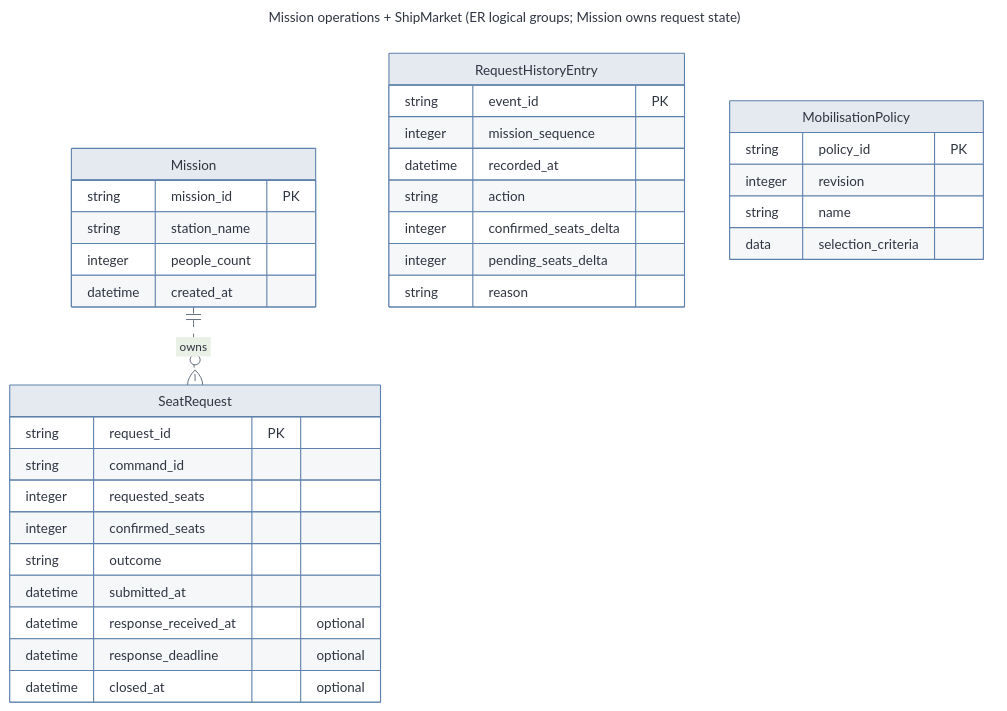
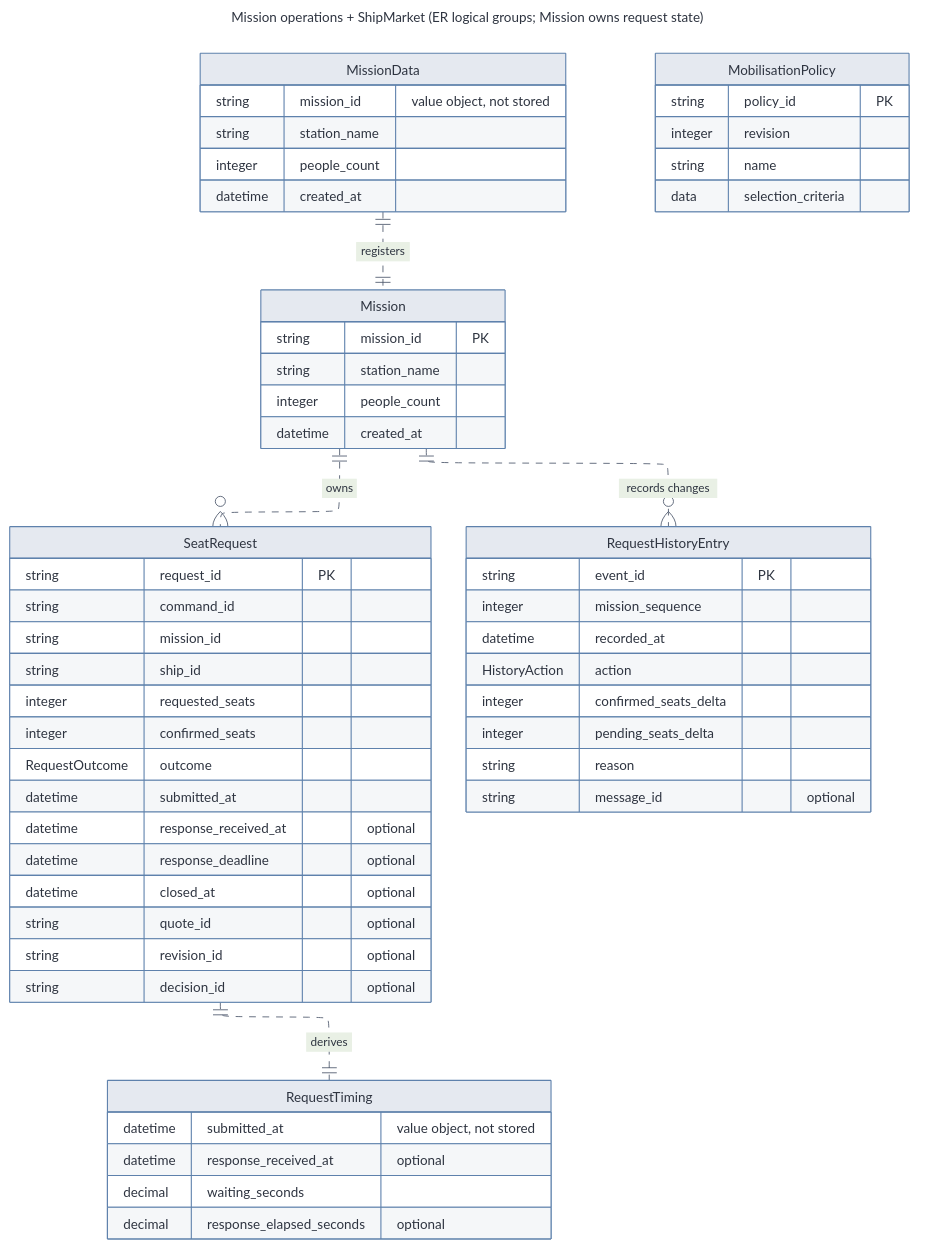
One commit to mariaxmxavier/space-rescue-system changed the diagram in docs/architecture/diagrams/rescue-domain-model/namespaces/CoreReferences/entity-relationship-diagram.mmd. Above: the diagram before and after it, drawn with Mermaid. The commit also changed 80 other files, not shown here.

```diff
--- a/docs/architecture/diagrams/rescue-domain-model/namespaces/CoreReferences/entity-relationship-diagram.mmd
+++ b/docs/architecture/diagrams/rescue-domain-model/namespaces/CoreReferences/entity-relationship-diagram.mmd
@@ -1,63 +1,84 @@
 ---
 title: Mission operations + ShipMarket (ER logical groups; Mission owns request state)
 config:
   layout: elk
   theme: base
   htmlLabels: false
   fontFamily: Arial
   themeVariables:
     primaryColor: '#e5e9f0'
     primaryTextColor: '#2e3440'
     primaryBorderColor: '#5e81ac'
     lineColor: '#4c566a'
     tertiaryColor: '#eceff4'
     fontFamily: 'Arial, sans-serif'
   elk:
     mergeEdges: false
     nodePlacementStrategy: LINEAR_SEGMENTS
   class:
     nodeSpacing: 90
     rankSpacing: 100
     padding: 24
     diagramPadding: 40
   er:
     nodeSpacing: 90
     rankSpacing: 100
     diagramPadding: 30
 ---
 erDiagram
     direction TB
     %% Scoped logical ER view of CoreReferences. Cross-space relationships: Mission/request basis may refer to ShipMarket offers; requests correlate with Communication messages.
     Mission {
         string mission_id PK
         string station_name
         integer people_count
         datetime created_at
     }
+    MissionData {
+        string mission_id "value object, not stored"
+        string station_name
+        integer people_count
+        datetime created_at
+    }
     SeatRequest {
         string request_id PK
         string command_id
+        string mission_id
+        string ship_id
         integer requested_seats
         integer confirmed_seats
-        string outcome
+        RequestOutcome outcome
         datetime submitted_at
         datetime response_received_at "optional"
         datetime response_deadline "optional"
         datetime closed_at "optional"
+        string quote_id "optional"
+        string revision_id "optional"
+        string decision_id "optional"
+    }
+    RequestTiming {
+        datetime submitted_at "value object, not stored"
+        datetime response_received_at "optional"
+        decimal waiting_seconds
+        decimal response_elapsed_seconds "optional"
     }
     RequestHistoryEntry {
         string event_id PK
         integer mission_sequence
         datetime recorded_at
-        string action
+        HistoryAction action
         integer confirmed_seats_delta
         integer pending_seats_delta
         string reason
+        string message_id "optional"
     }
     MobilisationPolicy {
         string policy_id PK
         integer revision
         string name
         data selection_criteria
     }
     Mission ||..o{ SeatRequest : "owns"
+    Mission ||..o{ RequestHistoryEntry : "records changes"
+    MissionData ||..|| Mission : "registers"
+    SeatRequest ||..|| RequestTiming : "derives"
```
